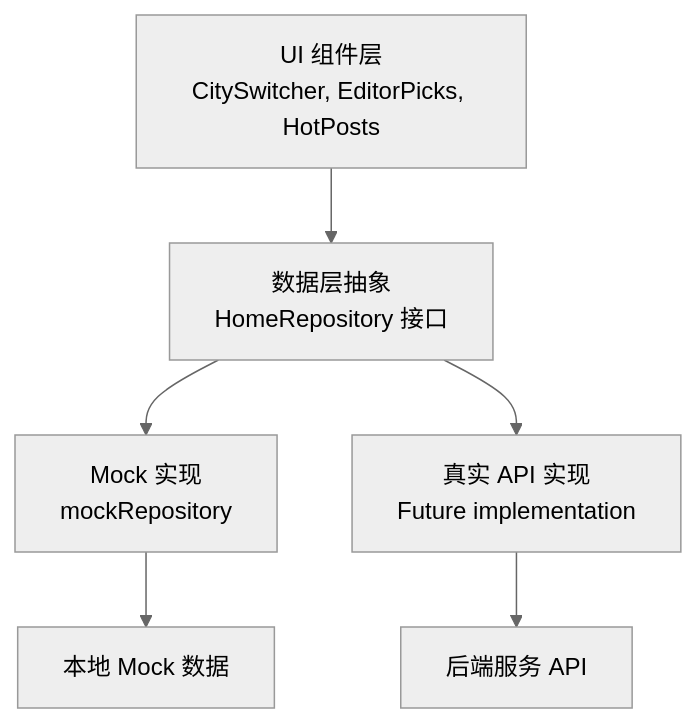
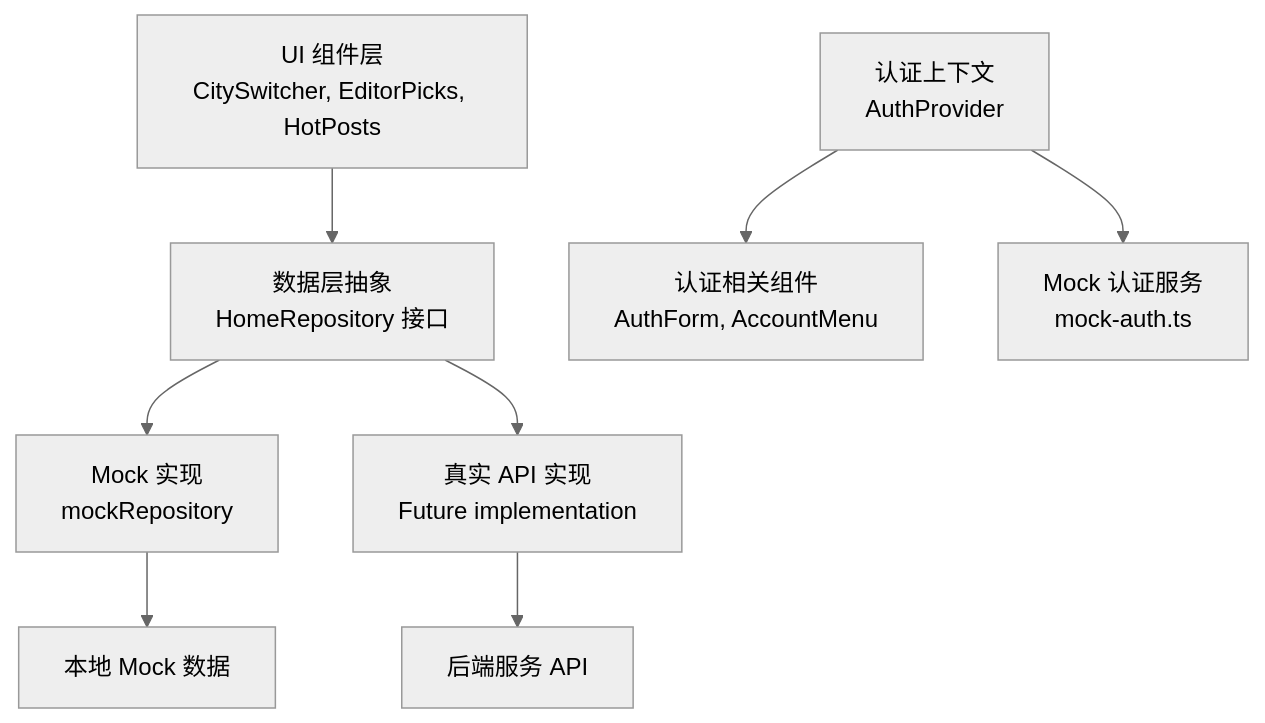
One commit to luyitiger6/my-first-project changed the second of 11 diagrams in .qoder/repowiki/zh/content/前端开发/前端开发.md. Above: the diagram before and after it, drawn with Mermaid (neutral theme). The commit also changed other lines of this file and 35 other files, not shown here.

````diff
--- a/.qoder/repowiki/zh/content/前端开发/前端开发.md
+++ b/.qoder/repowiki/zh/content/前端开发/前端开发.md
@@ -111,8 +128,10 @@
 ```mermaid
 flowchart TD
 Component["UI 组件层<br/>CitySwitcher, EditorPicks, HotPosts"] --> Repository["数据层抽象<br/>HomeRepository 接口"]
 Repository --> MockImpl["Mock 实现<br/>mockRepository"]
 Repository --> RealImpl["真实 API 实现<br/>Future implementation"]
 MockImpl --> MockData["本地 Mock 数据"]
 RealImpl --> BackendAPI["后端服务 API"]
+AuthContext["认证上下文<br/>AuthProvider"] --> AuthComponents["认证相关组件<br/>AuthForm, AccountMenu"]
+AuthContext --> MockAuth["Mock 认证服务<br/>mock-auth.ts"]
 ```
````
